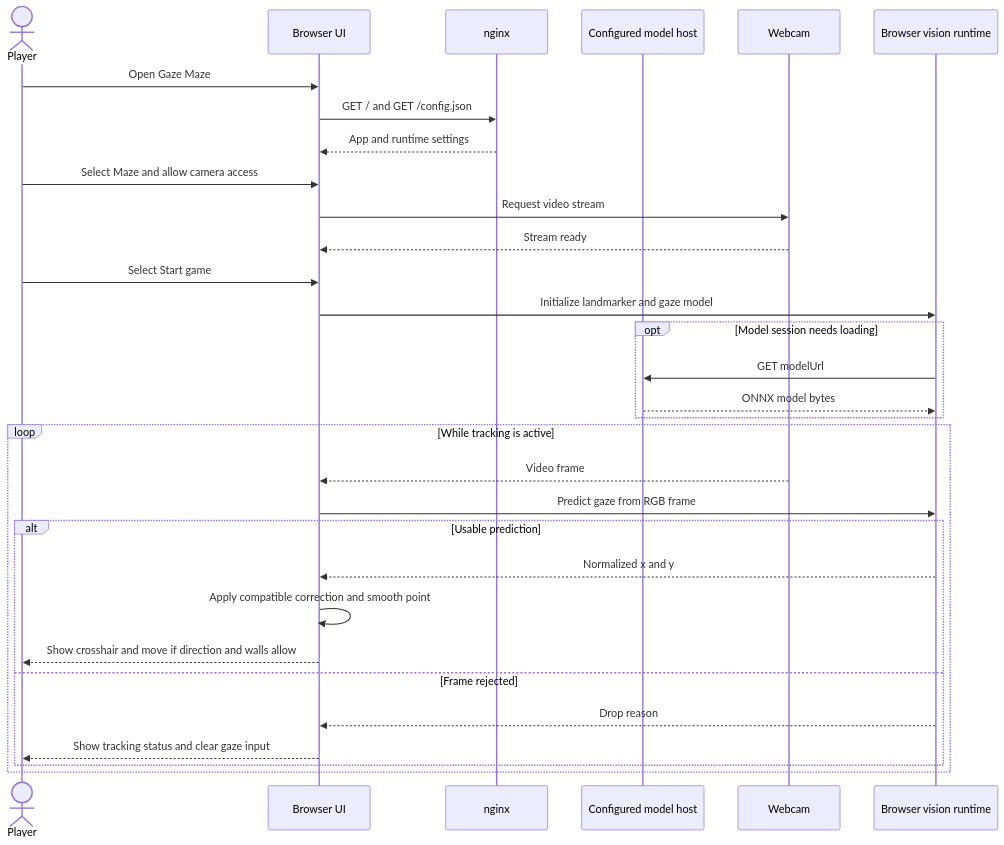
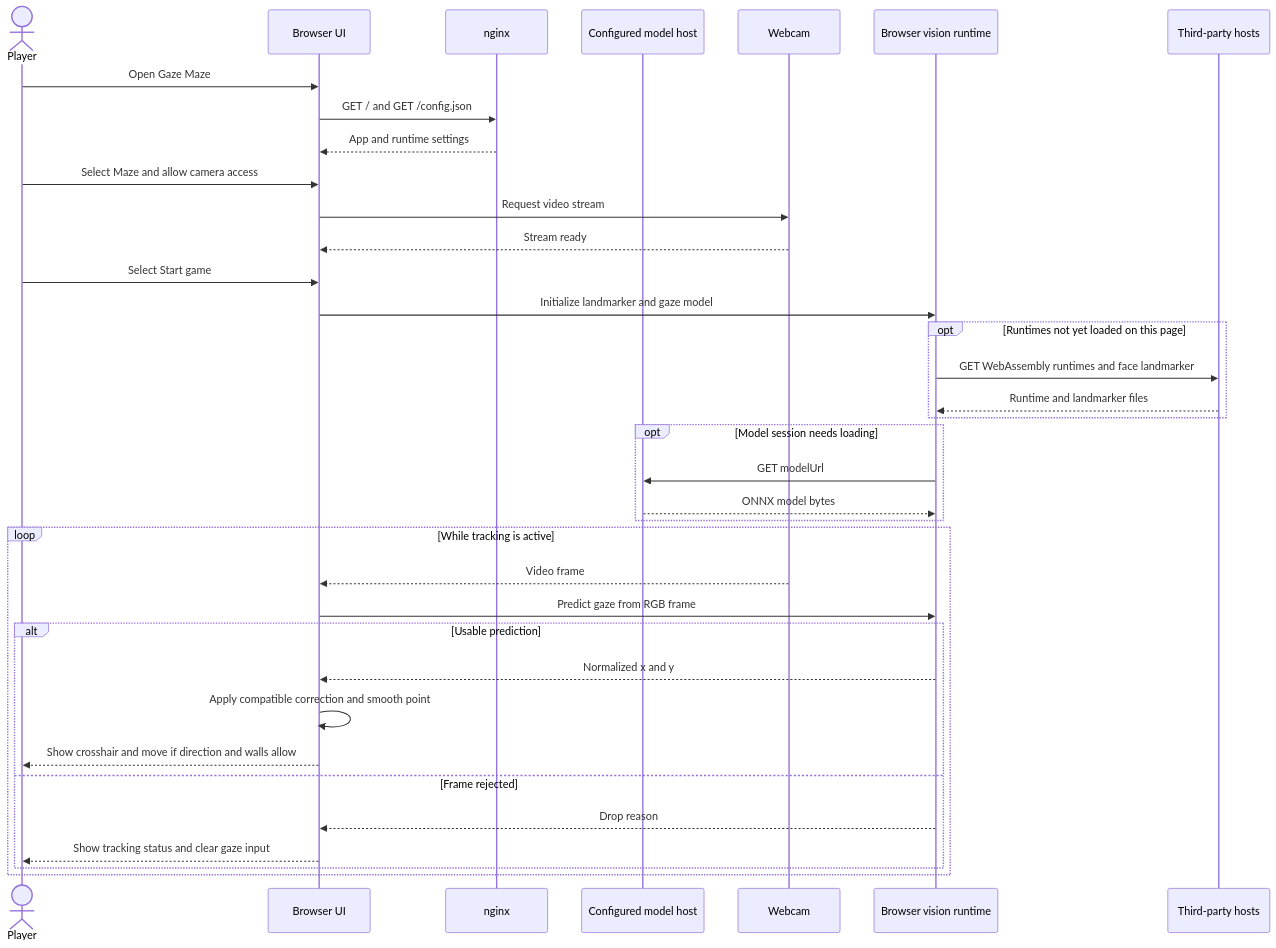
One commit to NoahSchiro/ac215_pavlos_dogs changed the third of 4 diagrams in ms4_deliverables/application-design.md. Above: the diagram before and after it, drawn with Mermaid. The commit also changed other lines of this file, not shown here.

````diff
--- a/ms4_deliverables/application-design.md
+++ b/ms4_deliverables/application-design.md
@@ -91,33 +104,38 @@
 ```mermaid
 sequenceDiagram
     actor Player
     participant UI as Browser UI
     participant Web as nginx
     participant Host as Configured model host
     participant Camera as Webcam
     participant Vision as Browser vision runtime
+    participant CDN as Third-party hosts
     Player->>UI: Open Gaze Maze
     UI->>Web: GET / and GET /config.json
     Web-->>UI: App and runtime settings
     Player->>UI: Select Maze and allow camera access
     UI->>Camera: Request video stream
     Camera-->>UI: Stream ready
     Player->>UI: Select Start game
     UI->>Vision: Initialize landmarker and gaze model
+    opt Runtimes not yet loaded on this page
+        Vision->>CDN: GET WebAssembly runtimes and face landmarker
+        CDN-->>Vision: Runtime and landmarker files
+    end
     opt Model session needs loading
         Vision->>Host: GET modelUrl
         Host-->>Vision: ONNX model bytes
     end
     loop While tracking is active
         Camera-->>UI: Video frame
         UI->>Vision: Predict gaze from RGB frame
         alt Usable prediction
             Vision-->>UI: Normalized x and y
             UI->>UI: Apply compatible correction and smooth point
             UI-->>Player: Show crosshair and move if direction and walls allow
         else Frame rejected
             Vision-->>UI: Drop reason
             UI-->>Player: Show tracking status and clear gaze input
         end
     end
 ```
````
